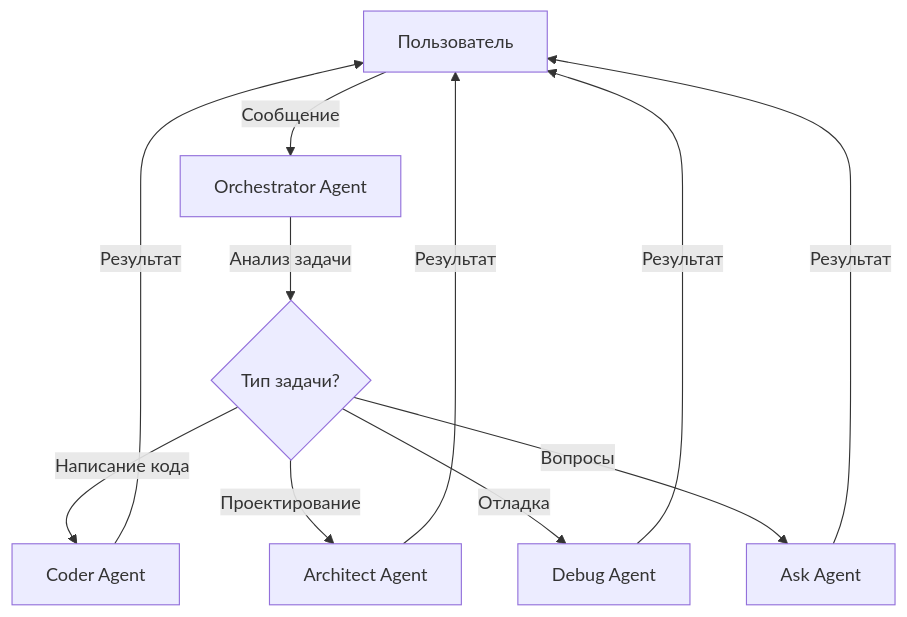
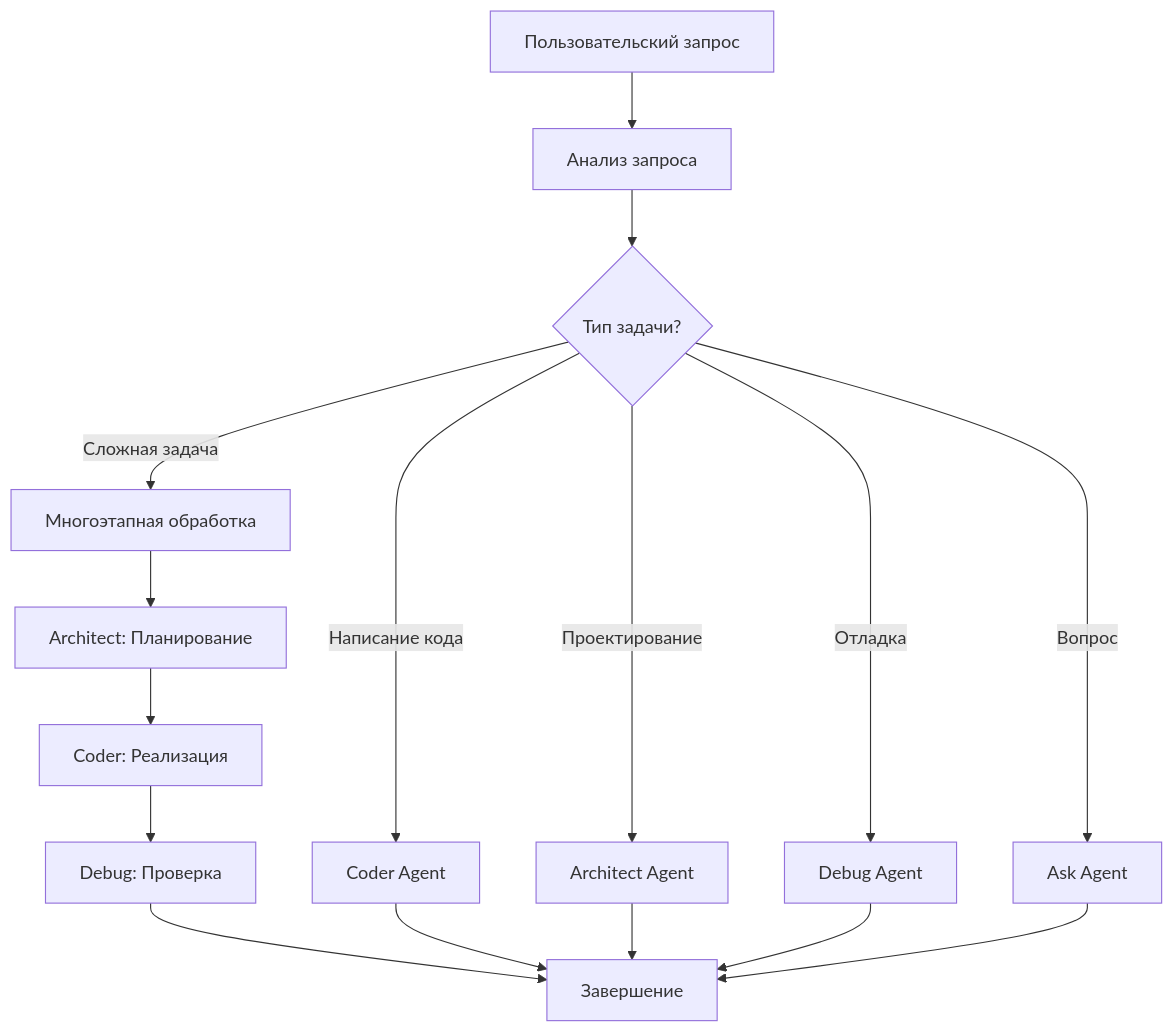
One commit to pese-git/codelab-website changed the diagram in docs/api/multi-agent-system.md. Above: the diagram before and after it, drawn with Mermaid. The commit also changed other lines of this file and 46 other files, not shown here.

````diff
--- a/docs/api/multi-agent-system.md
+++ b/docs/api/multi-agent-system.md
@@ -13,15 +240,21 @@
 ```mermaid
-flowchart TB
-    User[Пользователь] -->|Сообщение| Orch[Orchestrator Agent]
-    Orch -->|Анализ задачи| Decision{Тип задачи?}
+flowchart TD
+    Start[Пользовательский запрос] --> Analyze[Анализ запроса]
+    Analyze --> Question{Тип задачи?}
     
-    Decision -->|Написание кода| Coder[Coder Agent]
-    Decision -->|Проектирование| Arch[Architect Agent]
-    Decision -->|Отладка| Debug[Debug Agent]
-    Decision -->|Вопросы| Ask[Ask Agent]
+    Question -->|Написание кода| Coder[Coder Agent]
+    Question -->|Проектирование| Architect[Architect Agent]
+    Question -->|Отладка| Debug[Debug Agent]
+    Question -->|Вопрос| Ask[Ask Agent]
+    Question -->|Сложная задача| Multi[Многоэтапная обработка]
     
-    Coder -->|Результат| User
-    Arch -->|Результат| User
-    Debug -->|Результат| User
-    Ask -->|Результат| User
+    Multi --> Step1[Architect: Планирование]
+    Step1 --> Step2[Coder: Реализация]
+    Step2 --> Step3[Debug: Проверка]
+    Step3 --> Done[Завершение]
+    
+    Coder --> Done
+    Architect --> Done
+    Debug --> Done
+    Ask --> Done
 ```
````
